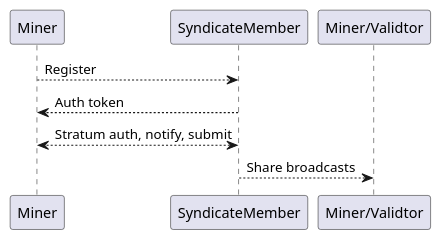
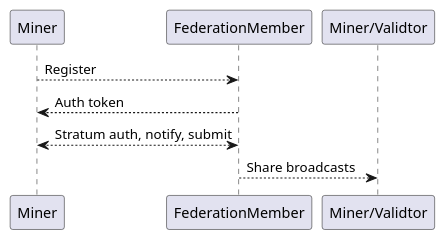
One commit to pool2win/radpool-design changed the first of 4 diagrams in one-page/mining-syndicate.adoc. Above: the diagram before and after it, drawn with PlantUML. The commit also changed other lines of this file and 4 other files, not shown here.

```diff
--- a/one-page/mining-syndicate.adoc
+++ b/one-page/mining-syndicate.adoc
@@ -231,9 +268,9 @@
 [plantuml, target=intial-setup]
 ....
 @startuml
-Miner --> SyndicateMember: Register
-SyndicateMember --> Miner: Auth token
-Miner <--> SyndicateMember: Stratum auth, notify, submit
-"Miner/Validtor" <-- SyndicateMember: Share broadcasts
+Miner --> FederationMember: Register
+FederationMember --> Miner: Auth token
+Miner <--> FederationMember: Stratum auth, notify, submit
+"Miner/Validtor" <-- FederationMember: Share broadcasts
 @enduml
 ....
```
